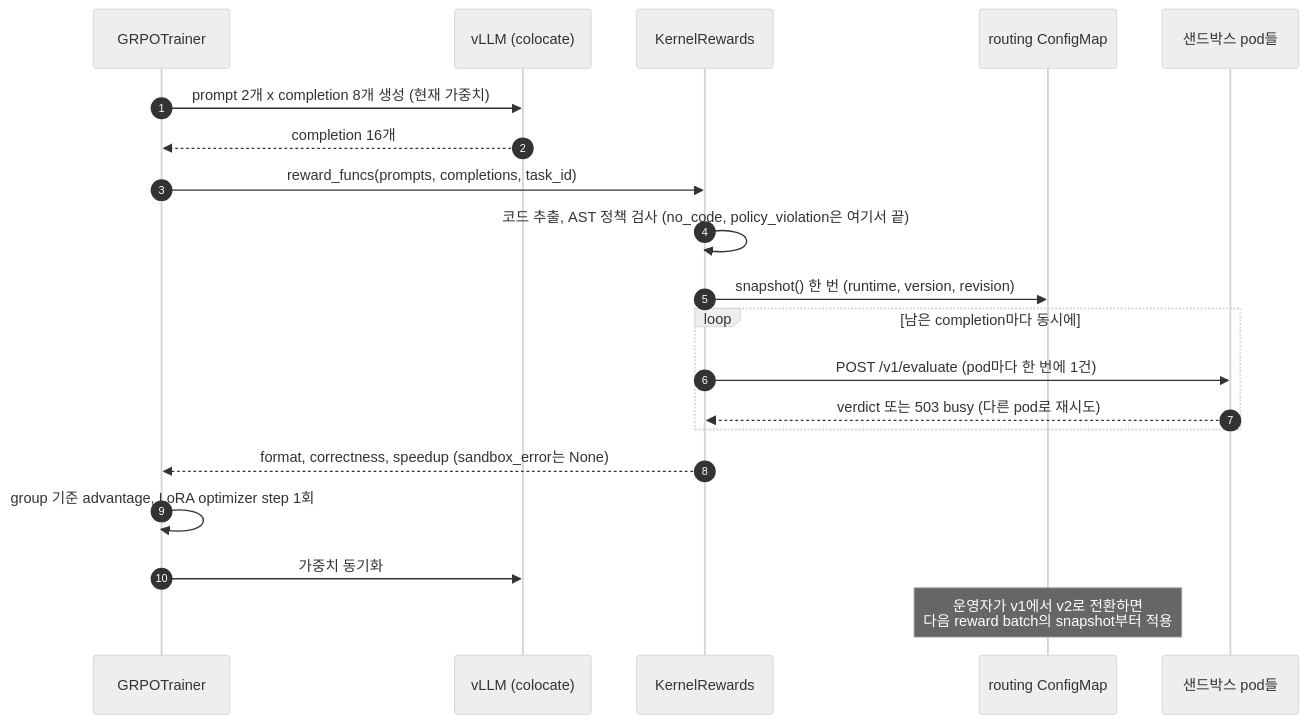
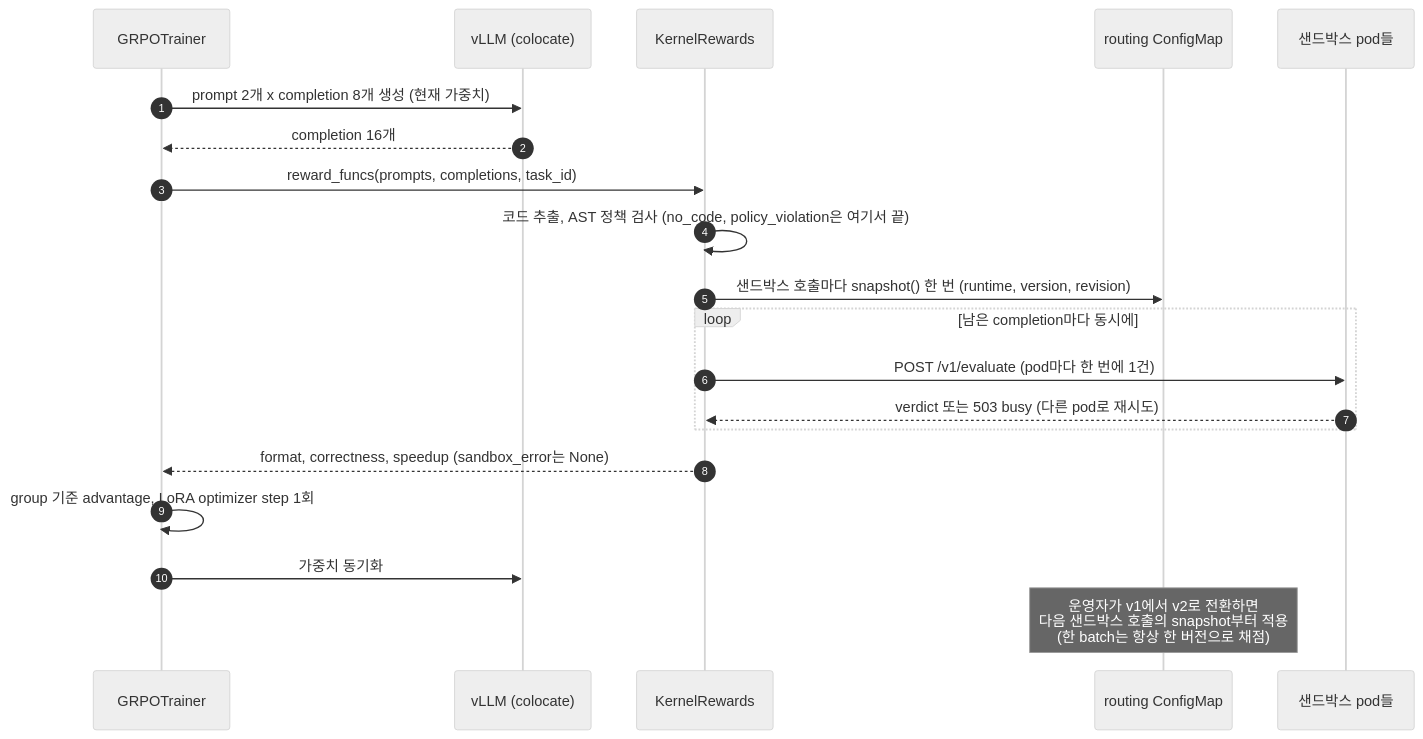
Before and after one commit to daekeun-ml/gpu-sandbox-on-aws: the diagram in docs/concepts/03_onpolicy_rl_with_sandboxes.md, drawn with Mermaid (neutral theme). The commit also changed other lines of this file and 171 other files, not shown here.

````diff
--- a/docs/concepts/03_onpolicy_rl_with_sandboxes.md
+++ b/docs/concepts/03_onpolicy_rl_with_sandboxes.md
@@ -54,22 +54,22 @@
 ```mermaid
 sequenceDiagram
     autonumber
     participant T as GRPOTrainer
     participant V as vLLM (colocate)
     participant R as KernelRewards
     participant M as routing ConfigMap
     participant S as 샌드박스 pod들
     T->>V: prompt 2개 x completion 8개 생성 (현재 가중치)
     V-->>T: completion 16개
     T->>R: reward_funcs(prompts, completions, task_id)
     R->>R: 코드 추출, AST 정책 검사 (no_code, policy_violation은 여기서 끝)
-    R->>M: snapshot() 한 번 (runtime, version, revision)
+    R->>M: 샌드박스 호출마다 snapshot() 한 번 (runtime, version, revision)
     loop 남은 completion마다 동시에
         R->>S: POST /v1/evaluate (pod마다 한 번에 1건)
         S-->>R: verdict 또는 503 busy (다른 pod로 재시도)
     end
     R-->>T: format, correctness, speedup (sandbox_error는 None)
     T->>T: group 기준 advantage, LoRA optimizer step 1회
     T->>V: 가중치 동기화
-    Note over M: 운영자가 v1에서 v2로 전환하면<br/>다음 reward batch의 snapshot부터 적용
+    Note over M: 운영자가 v1에서 v2로 전환하면<br/>다음 샌드박스 호출의 snapshot부터 적용<br/>(한 batch는 항상 한 버전으로 채점)
 ```
````
